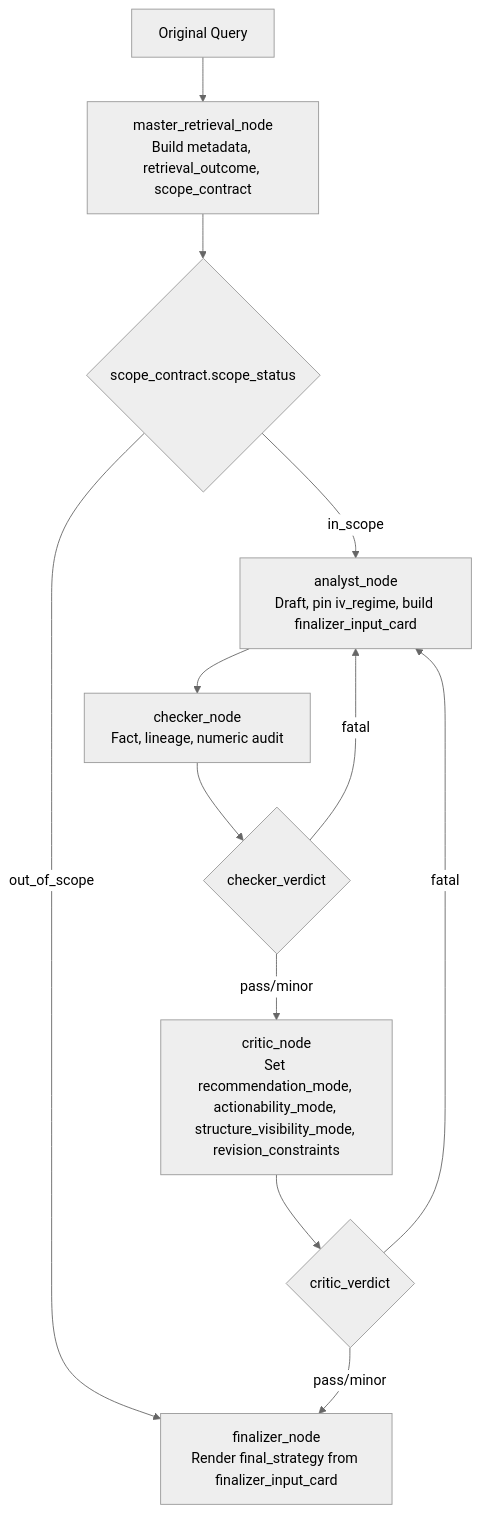
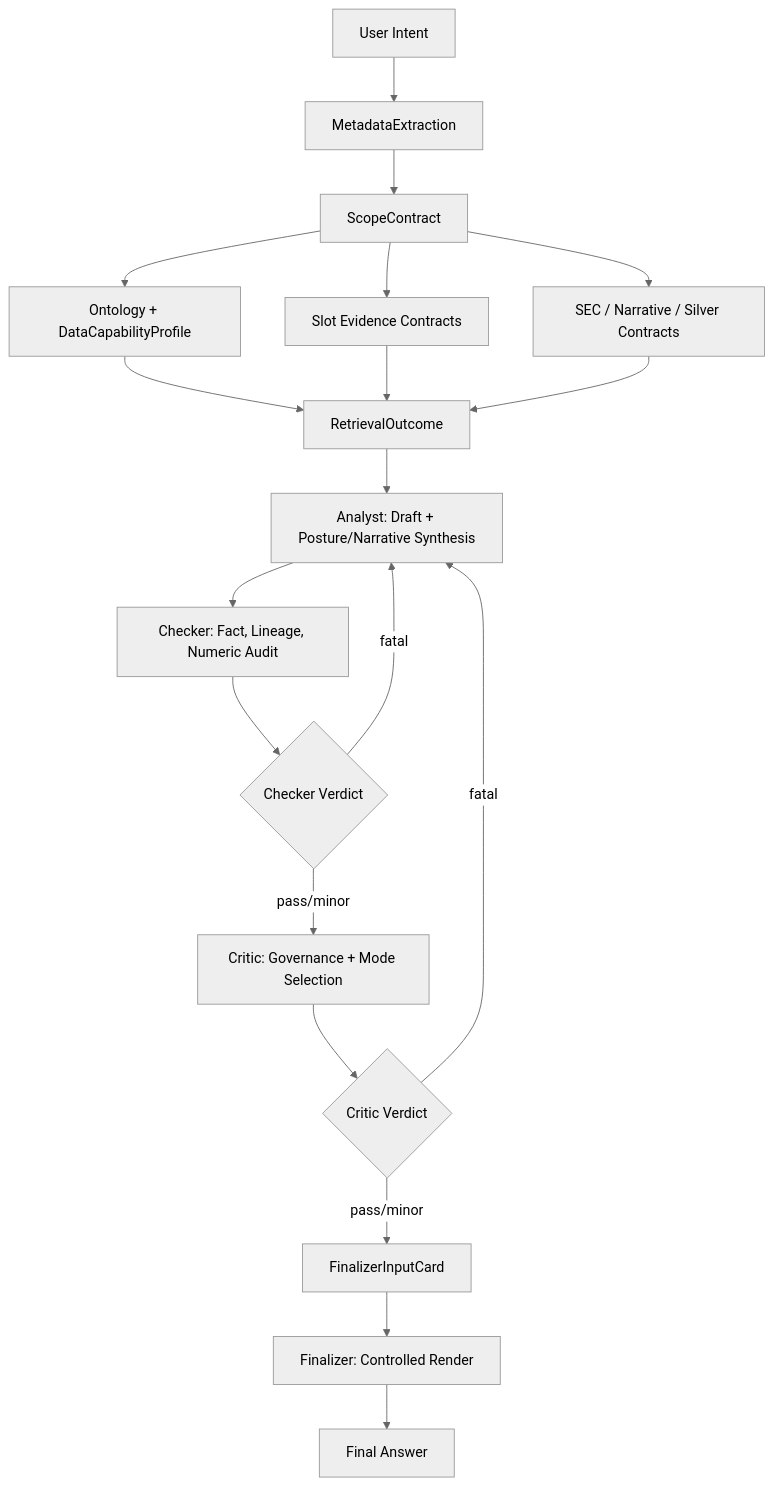
Before and after one commit to maxineyu521/AutoOption-Financial-Intelligence-Workspace: the diagram in docs/core/Financial_Contracts_Control_Plane.md, drawn with Mermaid (neutral theme). The commit also changed other lines of this file and 9 other files, not shown here.

````diff
--- a/docs/core/Financial_Contracts_Control_Plane.md
+++ b/docs/core/Financial_Contracts_Control_Plane.md
@@ -630,14 +49,21 @@
 ```mermaid
 flowchart TD
-    A["Original Query"] --> B["master_retrieval_node<br/>Build metadata, retrieval_outcome, scope_contract"]
-    B --> C{"scope_contract.scope_status"}
-    C -- "out_of_scope" --> H["finalizer_node<br/>Degraded or scope-limited output"]
-    C -- "in_scope" --> D["analyst_node<br/>Draft, pin iv_regime, build finalizer_input_card"]
-    D --> E["checker_node<br/>Fact, lineage, numeric audit"]
-    E --> F{"checker_verdict"}
-    F -- "fatal" --> D
-    F -- "pass/minor" --> G["critic_node<br/>Set recommendation_mode, actionability_mode, structure_visibility_mode, revision_constraints"]
-    G --> I{"critic_verdict"}
-    I -- "fatal" --> D
-    I -- "pass/minor" --> H["finalizer_node<br/>Render final_strategy from finalizer_input_card"]
+    A["User Intent"] --> B["MetadataExtraction"]
+    B --> C["ScopeContract"]
+    C --> D["Ontology + DataCapabilityProfile"]
+    C --> E["Slot Evidence Contracts"]
+    C --> F["SEC / Narrative / Silver Contracts"]
+    D --> G["RetrievalOutcome"]
+    E --> G
+    F --> G
+    G --> H["Analyst: Draft + Posture/Narrative Synthesis"]
+    H --> I["Checker: Fact, Lineage, Numeric Audit"]
+    I --> J{"Checker Verdict"}
+    J -- "fatal" --> H
+    J -- "pass/minor" --> K["Critic: Governance + Mode Selection"]
+    K --> L{"Critic Verdict"}
+    L -- "fatal" --> H
+    L -- "pass/minor" --> M["FinalizerInputCard"]
+    M --> N["Finalizer: Controlled Render"]
+    N --> O["Final Answer"]
 ```
````
